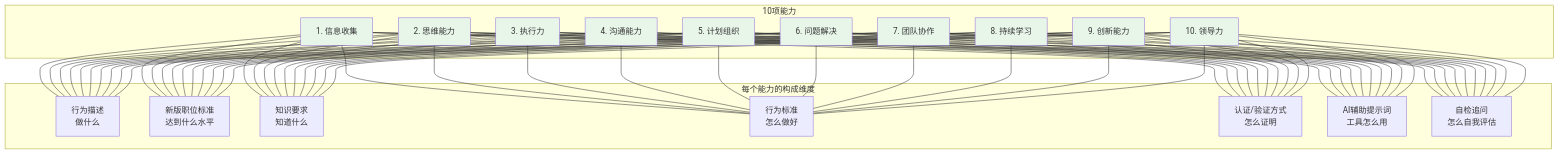
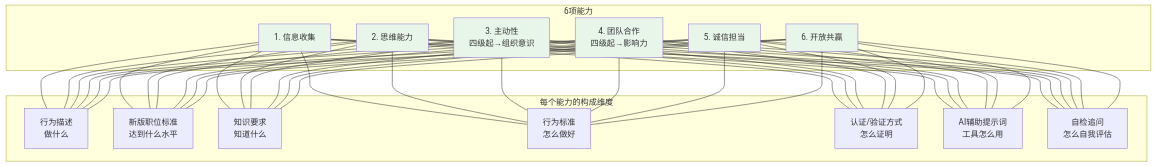
One commit to Pangbei-WQ/NLIVE-workspace changed the third of 5 diagrams in raw/知识归档/知识档案/任职资格/PMC经理任职资格/05-关系图谱.md. Above: the diagram before and after it, drawn with Mermaid. The commit also changed other lines of this file and 2 other files, not shown here.

````diff
--- a/raw/知识归档/知识档案/任职资格/PMC经理任职资格/05-关系图谱.md
+++ b/raw/知识归档/知识档案/任职资格/PMC经理任职资格/05-关系图谱.md
@@ -118,47 +118,35 @@
 ```mermaid
 graph TB
-    subgraph 10项能力
+    subgraph 6项能力
         C1[1. 信息收集]
         C2[2. 思维能力]
-        C3[3. 执行力]
-        C4[4. 沟通能力]
-        C5[5. 计划组织]
-        C6[6. 问题解决]
-        C7[7. 团队协作]
-        C8[8. 持续学习]
-        C9[9. 创新能力]
-        C10[10. 领导力]
+        C3[3. 主动性<br/>四级起→组织意识]
+        C4[4. 团队合作<br/>四级起→影响力]
+        C5[5. 诚信担当]
+        C6[6. 开放共赢]
     end
 
     subgraph 每个能力的构成维度
         D1[行为描述<br/>做什么]
         D2[新版职位标准<br/>达到什么水平]
         D3[知识要求<br/>知道什么]
         D4[行为标准<br/>怎么做好]
         D5[认证/验证方式<br/>怎么证明]
         D6[AI辅助提示词<br/>工具怎么用]
         D7[自检追问<br/>怎么自我评估]
     end
 
     C1 --- D1 & D2 & D3 & D4 & D5 & D6 & D7
     C2 --- D1 & D2 & D3 & D4 & D5 & D6 & D7
     C3 --- D1 & D2 & D3 & D4 & D5 & D6 & D7
     C4 --- D1 & D2 & D3 & D4 & D5 & D6 & D7
     C5 --- D1 & D2 & D3 & D4 & D5 & D6 & D7
     C6 --- D1 & D2 & D3 & D4 & D5 & D6 & D7
-    C7 --- D1 & D2 & D3 & D4 & D5 & D6 & D7
-    C8 --- D1 & D2 & D3 & D4 & D5 & D6 & D7
-    C9 --- D1 & D2 & D3 & D4 & D5 & D6 & D7
-    C10 --- D1 & D2 & D3 & D4 & D5 & D6 & D7
 
     style C1 fill:#e8f5e9
     style C2 fill:#e8f5e9
     style C3 fill:#e8f5e9
     style C4 fill:#e8f5e9
     style C5 fill:#e8f5e9
     style C6 fill:#e8f5e9
-    style C7 fill:#e8f5e9
-    style C8 fill:#e8f5e9
-    style C9 fill:#e8f5e9
-    style C10 fill:#e8f5e9
 ```
````
